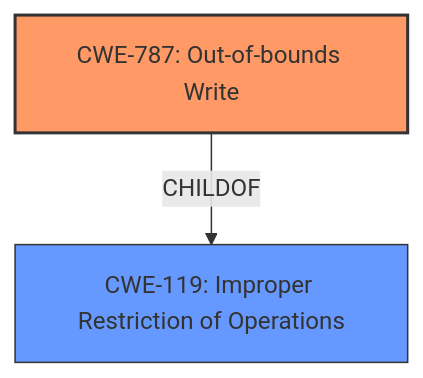
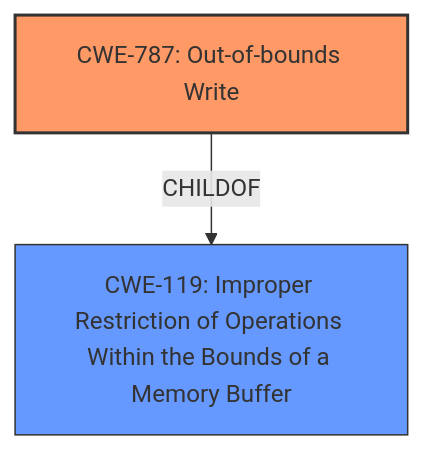
One commit to CyberSecAI/cwe_agent_assign_reports_2023 changed the diagram in CVE-2021-26411/CVE-2021-26411_analysis.md. Above: the diagram before and after it, drawn with Mermaid. The commit also changed other lines of this file and 902 other files, not shown here.

````diff
--- a/CVE-2021-26411/CVE-2021-26411_analysis.md
+++ b/CVE-2021-26411/CVE-2021-26411_analysis.md
@@ -16,13 +18,13 @@
 ```mermaid
 graph TD
     cwe787["CWE-787: Out-of-bounds Write"]
-    cwe119["CWE-119: Improper Restriction of Operations"]
+    cwe119["CWE-119: Improper Restriction of Operations Within the Bounds of a Memory Buffer"]
     
     cwe787 -->|CHILDOF| cwe119
     
     classDef primary fill:#f96,stroke:#333,stroke-width:2px
     classDef secondary fill:#69f,stroke:#333
-    classDef tertiary fill:#9e9,stroke:#333
+    
     class cwe787 primary
     class cwe119 secondary
 ```
````
